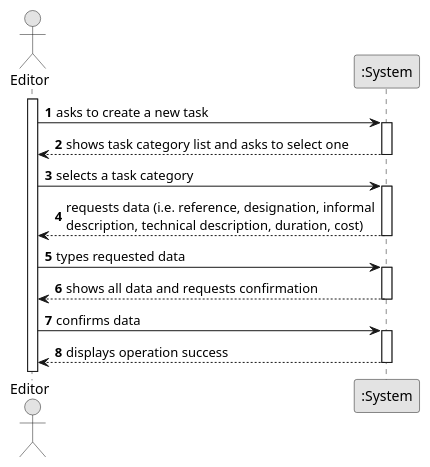
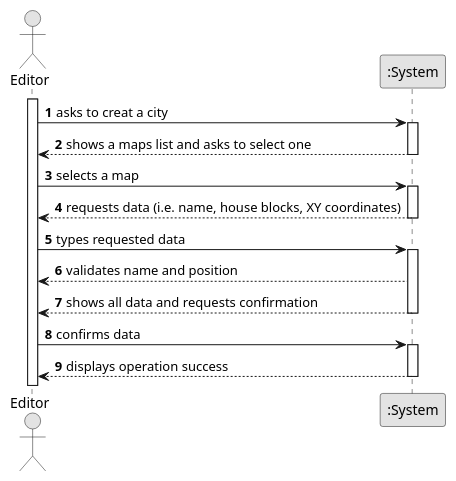
One commit to bruno-monteiro5/sem2-pi-24.25-g132-repo changed the diagram in docs/system-documentation/US003/01.requirements-engineering/puml/US003-SSD.puml. Above: the diagram before and after it, drawn with PlantUML.

Commit message:
US003 diagram

```diff
--- a/docs/system-documentation/US003/01.requirements-engineering/puml/US003-SSD.puml
+++ b/docs/system-documentation/US003/01.requirements-engineering/puml/US003-SSD.puml
@@ -1,36 +1,37 @@
 @startuml
 skinparam monochrome true
 skinparam packageStyle rectangle
 skinparam shadowing false
 
 autonumber
 
 actor "Editor" as Employee
 participant ":System" as System
 
 activate Employee
 
-    Employee -> System : asks to create a new task
+    Employee -> System : asks to creat a city
     activate System
 
-        System --> Employee : shows task category list and asks to select one
+        System --> Employee : shows a maps list and asks to select one
     deactivate System
 
-    Employee -> System : selects a task category
+    Employee -> System : selects a map
     activate System
 
-        System --> Employee : requests data (i.e. reference, designation, informal\ndescription, technical description, duration, cost)
+        System --> Employee : requests data (i.e. name, house blocks, XY coordinates)
     deactivate System
 
     Employee -> System : types requested data
     activate System
 
+        System --> Employee : validates name and position
         System --> Employee : shows all data and requests confirmation
     deactivate System
 
     Employee -> System : confirms data
     activate System
 
         System --> Employee : displays operation success
     deactivate System
 @enduml
```
